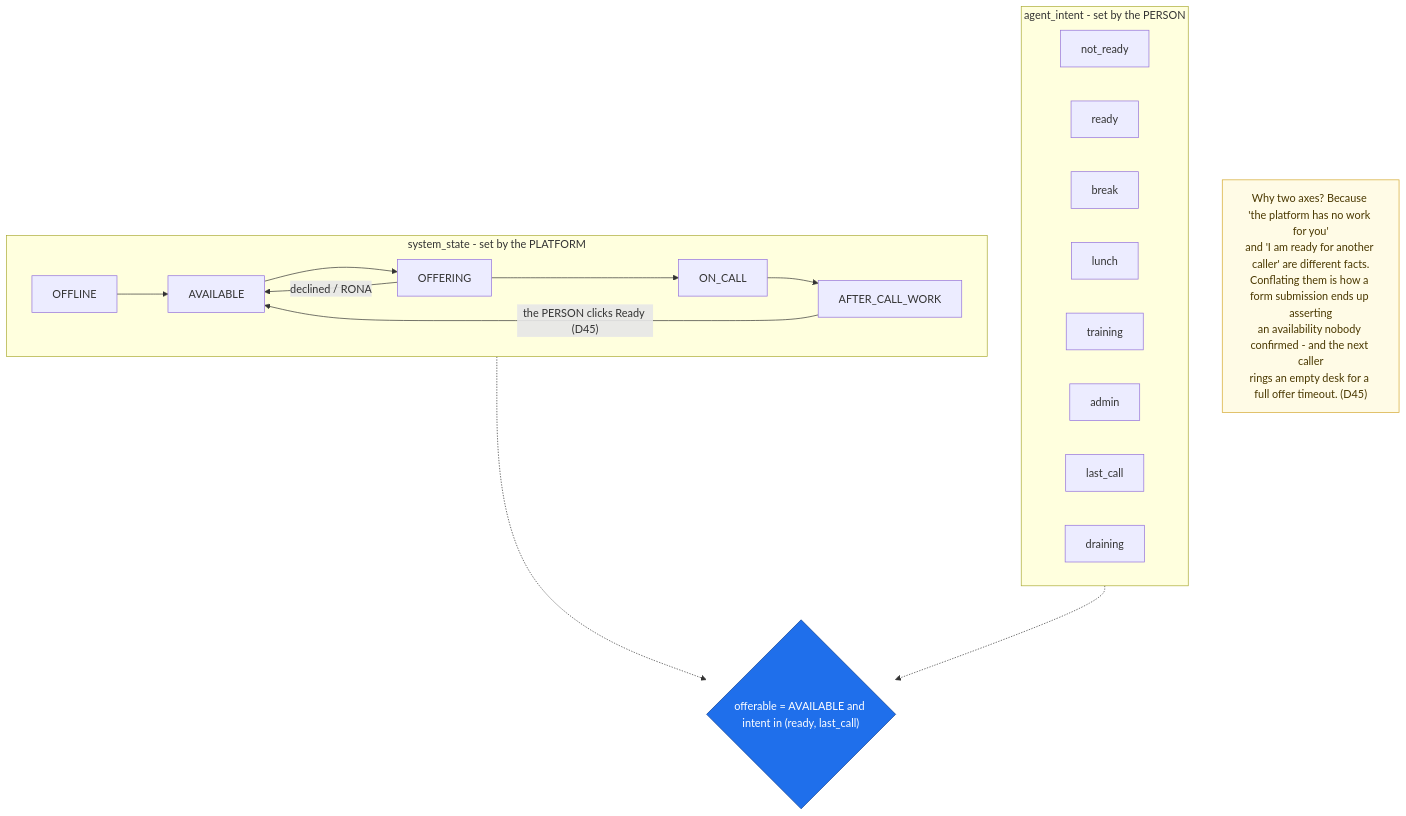
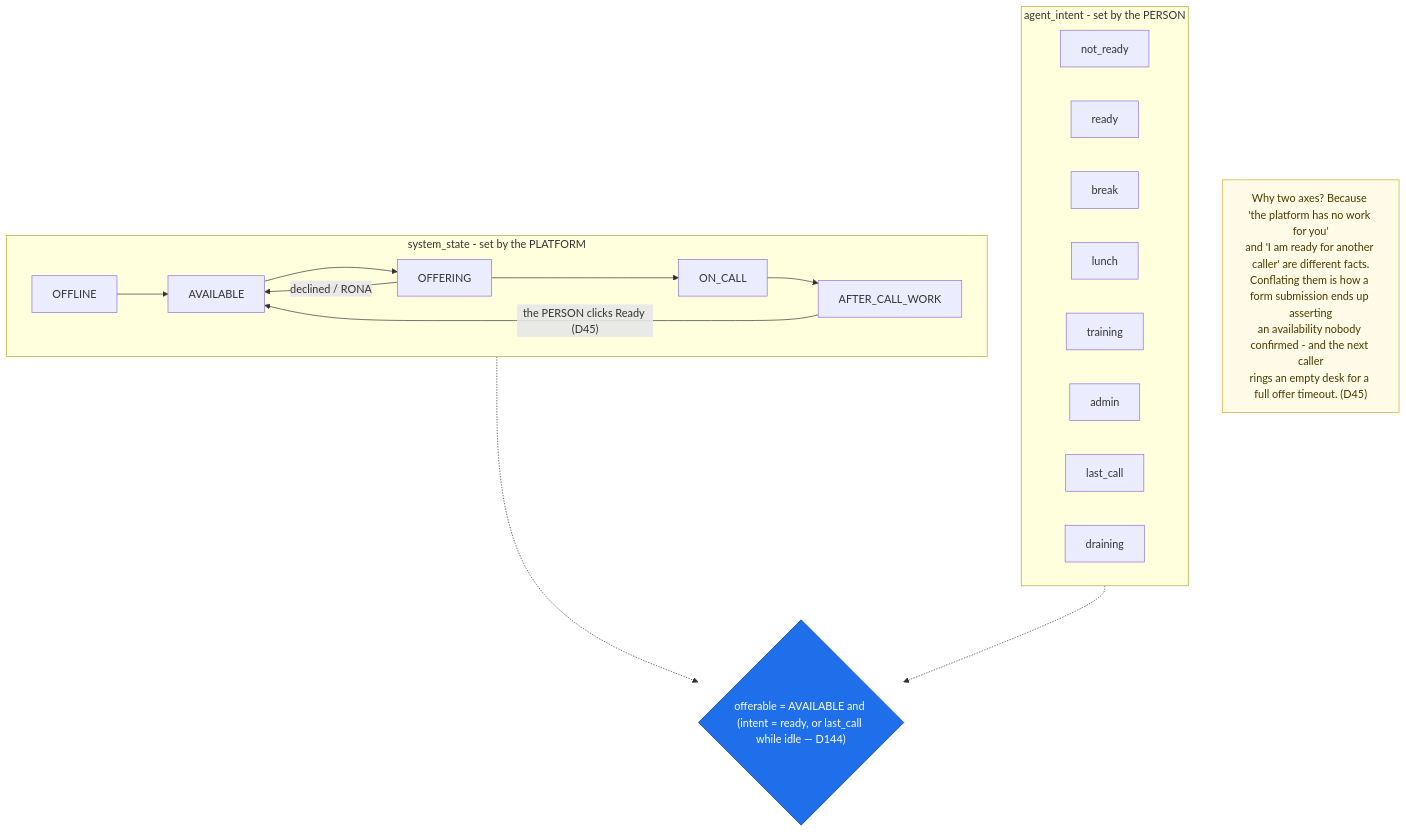
The diagram in docs/diagrams/src/agent_state.mmd (anakom-suvonvorn/Krungsri-ReadyCall), drawn with Mermaid before and after one commit. The commit also changed 16 other files, not shown here.

```diff
--- a/docs/diagrams/src/agent_state.mmd
+++ b/docs/diagrams/src/agent_state.mmd
@@ -1,32 +1,32 @@
 %% GENERATED by scripts/gen_diagrams.py - do not edit by hand.
 %% Source of truth: readycall.domain.enums.AgentSystemState + AgentIntent (D33, D45)
 flowchart TB
     subgraph sys["system_state - set by the PLATFORM"]
         direction LR
         OFFLINE --> AVAILABLE
         AVAILABLE --> OFFERING
         OFFERING --> ON_CALL
         ON_CALL --> AFTER_CALL_WORK
         AFTER_CALL_WORK -- "the PERSON clicks Ready (D45)" --> AVAILABLE
         OFFERING -- declined / RONA --> AVAILABLE
     end
     subgraph person["agent_intent - set by the PERSON"]
         direction LR
         I_NOT_READY["not_ready"]
         I_READY["ready"]
         I_BREAK["break"]
         I_LUNCH["lunch"]
         I_TRAINING["training"]
         I_ADMIN["admin"]
         I_LAST_CALL["last_call"]
         I_DRAINING["draining"]
     end
-    sys -.-> ELIGIBLE{"offerable = AVAILABLE and intent in (ready, last_call)"}:::gate
+    sys -.-> ELIGIBLE{"offerable = AVAILABLE and (intent = ready, or last_call while idle — D144)"}:::gate
     person -.-> ELIGIBLE
     NOTE["Why two axes? Because 'the platform has no work for you'
 and 'I am ready for another caller' are different facts.
 Conflating them is how a form submission ends up asserting
 an availability nobody confirmed - and the next caller
 rings an empty desk for a full offer timeout. (D45)"]:::note
     classDef gate fill:#1f6feb,stroke:#0b3d91,color:#fff
     classDef note fill:#fffbe6,stroke:#d4a72c,color:#4a3800
```
